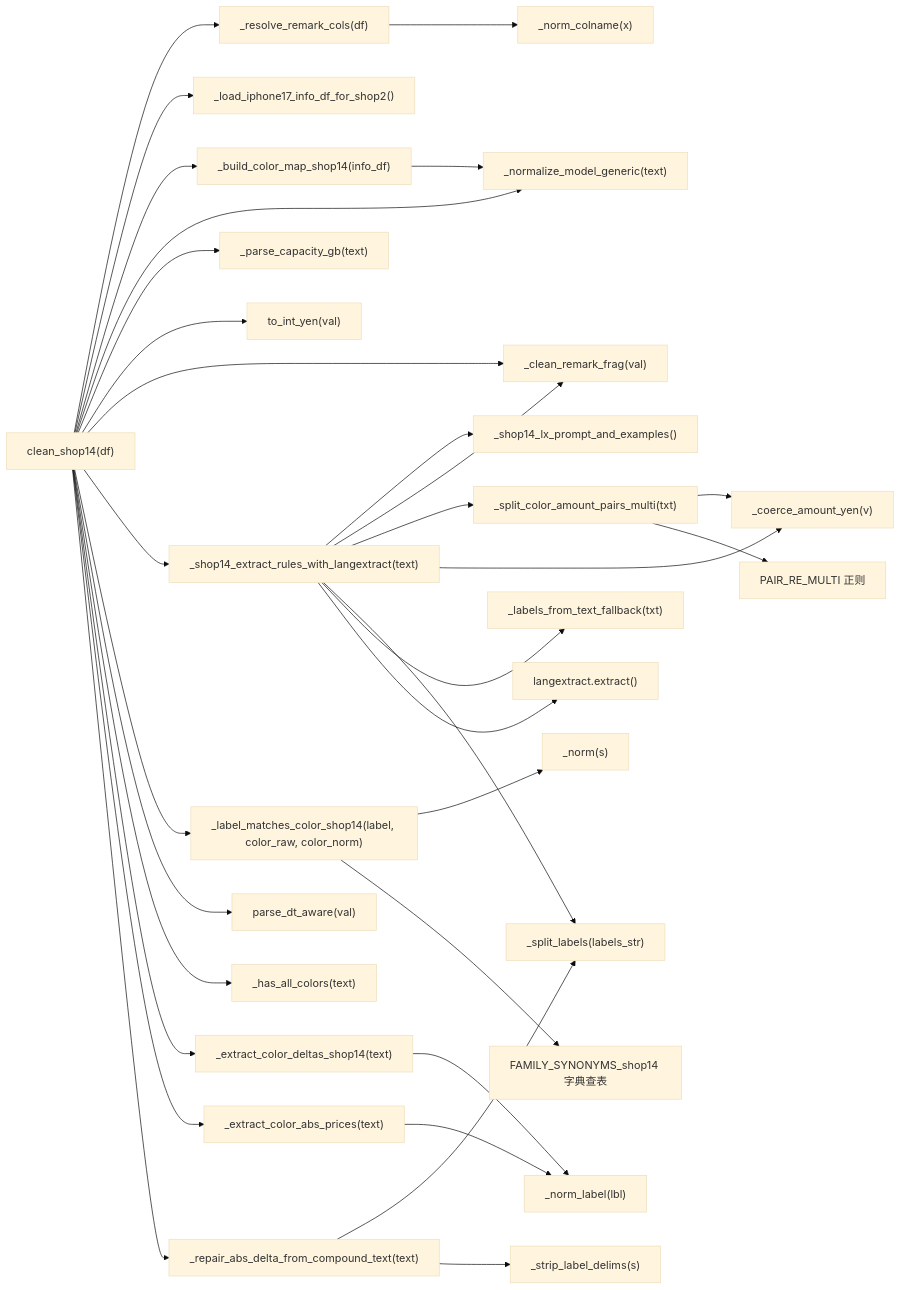
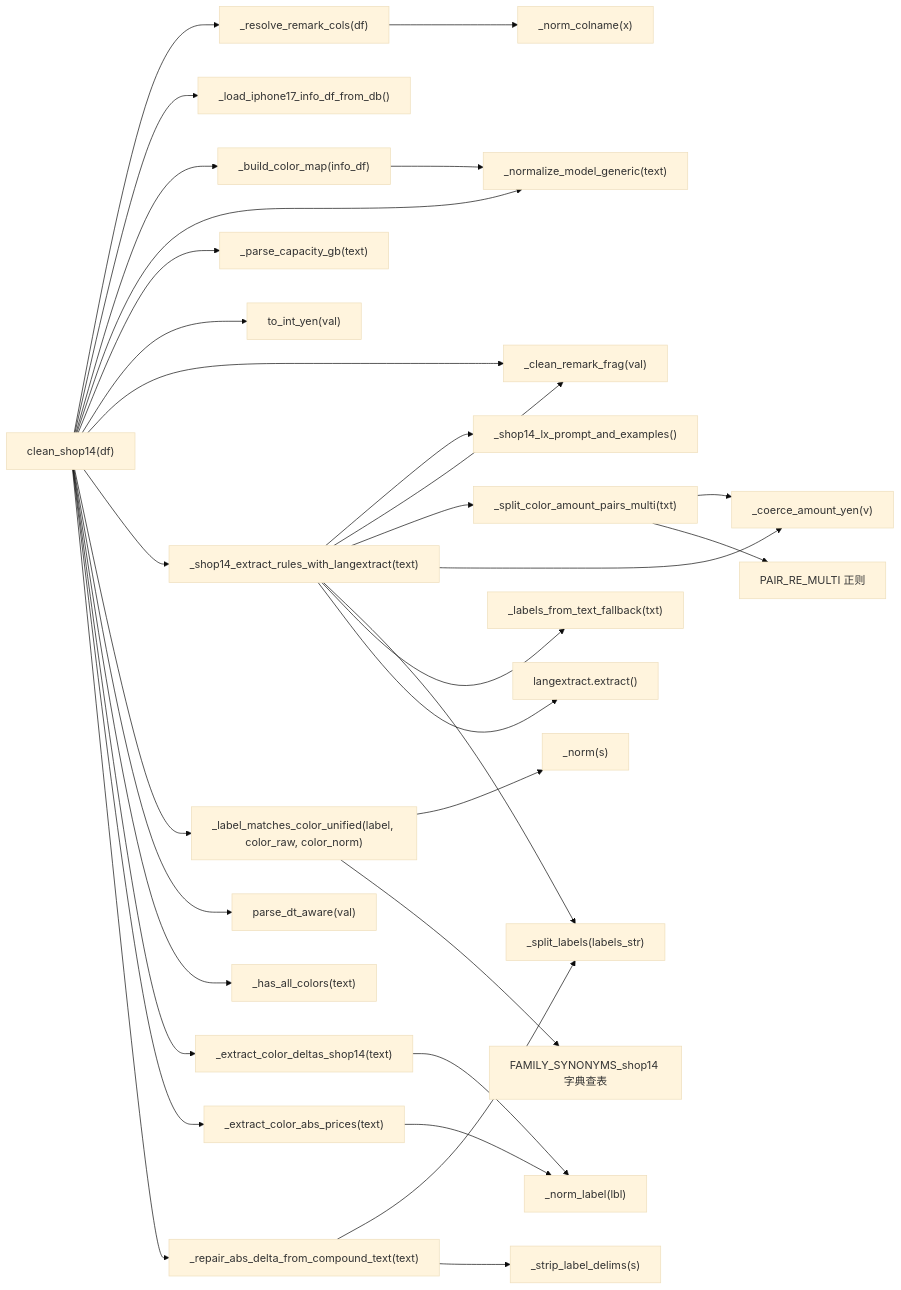
The second of 9 diagrams in doc_shop/shop14_cleaner.md (zhujiansamuel/YamagotiProjects), drawn with Mermaid (base theme) before and after one commit. The commit also changed other lines of this file and 44 other files, not shown here.

````diff
--- a/doc_shop/shop14_cleaner.md
+++ b/doc_shop/shop14_cleaner.md
@@ -64,40 +64,40 @@
 ```mermaid
 flowchart LR
     clean["clean_shop14(df)"]
 
     clean --> resolve["_resolve_remark_cols(df)"]
-    clean --> load["_load_iphone17_info_df_for_shop2()"]
-    clean --> buildcm["_build_color_map_shop14(info_df)"]
+    clean --> load["_load_iphone17_info_df_from_db()"]
+    clean --> buildcm["_build_color_map(info_df)"]
     clean --> normmod["_normalize_model_generic(text)"]
     clean --> parsecap["_parse_capacity_gb(text)"]
     clean --> toint["to_int_yen(val)"]
     clean --> cleanfrag["_clean_remark_frag(val)"]
     clean --> lxrules["_shop14_extract_rules_with_langextract(text)"]
-    clean --> labelmatch["_label_matches_color_shop14(label, color_raw, color_norm)"]
+    clean --> labelmatch["_label_matches_color_unified(label, color_raw, color_norm)"]
     clean --> parsedt["parse_dt_aware(val)"]
 
     lxrules --> prompt["_shop14_lx_prompt_and_examples()"]
     lxrules --> cleanfrag
     lxrules --> splitpairs["_split_color_amount_pairs_multi(txt)"]
     lxrules --> coerce["_coerce_amount_yen(v)"]
     lxrules --> splitlbl["_split_labels(labels_str)"]
     lxrules --> lblfallback["_labels_from_text_fallback(txt)"]
     lxrules --> lxextract["langextract.extract()"]
 
     splitpairs --> coerce
     splitpairs --> pairre["PAIR_RE_MULTI 正则"]
 
     resolve --> normcol["_norm_colname(x)"]
     buildcm --> normmod
     labelmatch --> norm["_norm(s)"]
     labelmatch --> familysyn["FAMILY_SYNONYMS_shop14 字典查表"]
 
     clean --> hasall["_has_all_colors(text)"]
     clean --> extractdelta["_extract_color_deltas_shop14(text)"]
     clean --> extractabs["_extract_color_abs_prices(text)"]
     extractdelta --> normlbl["_norm_label(lbl)"]
     extractabs --> normlbl
     clean --> repair["_repair_abs_delta_from_compound_text(text)"]
     repair --> splitlbl
     repair --> striplbl["_strip_label_delims(s)"]
 ```
````
